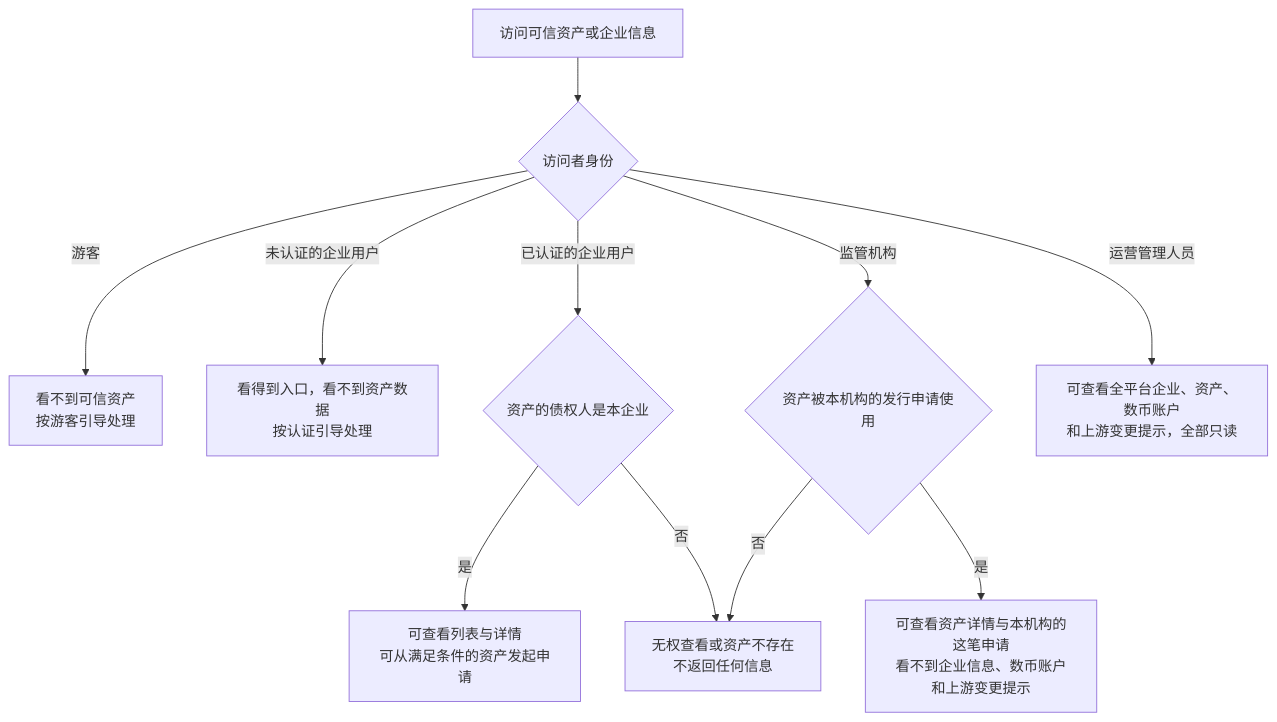
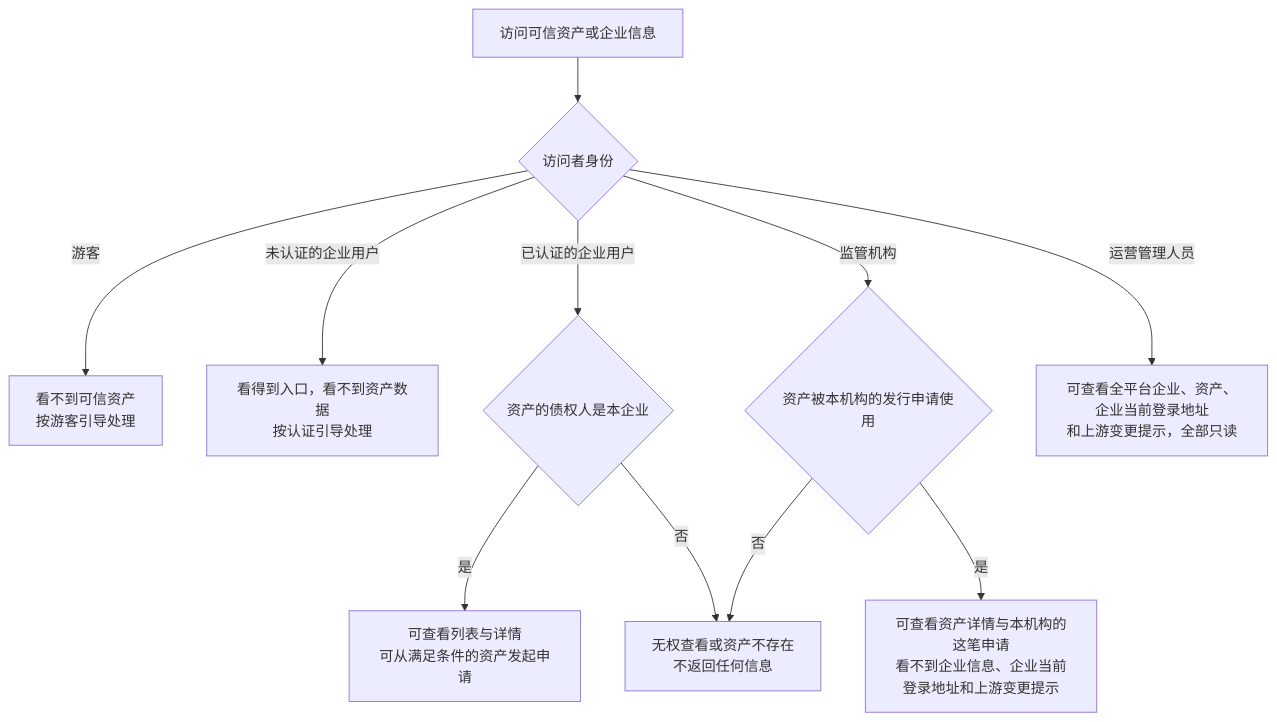
The sixth of 6 diagrams in token-issuance-platform/PRD/两端共用/M2-可信资产/02-可信资产-流程图与状态机.md (wxblockchain/Chain-Financing), drawn with Mermaid before and after one commit. The commit also changed 18 other files, not shown here.

````diff
--- a/token-issuance-platform/PRD/两端共用/M2-可信资产/02-可信资产-流程图与状态机.md
+++ b/token-issuance-platform/PRD/两端共用/M2-可信资产/02-可信资产-流程图与状态机.md
@@ -112,13 +112,13 @@
 ```mermaid
 flowchart TD
     A[访问可信资产或企业信息] --> B{访问者身份}
     B -->|游客| G[看不到可信资产<br/>按游客引导处理]
     B -->|未认证的企业用户| U[看得到入口，看不到资产数据<br/>按认证引导处理]
     B -->|已认证的企业用户| C{资产的债权人是本企业}
     C -->|是| C1[可查看列表与详情<br/>可从满足条件的资产发起申请]
     C -->|否| N[无权查看或资产不存在<br/>不返回任何信息]
     B -->|监管机构| D{资产被本机构的发行申请使用}
-    D -->|是| D1[可查看资产详情与本机构的这笔申请<br/>看不到企业信息、数币账户和上游变更提示]
+    D -->|是| D1[可查看资产详情与本机构的这笔申请<br/>看不到企业信息、企业当前登录地址和上游变更提示]
     D -->|否| N
-    B -->|运营管理人员| E[可查看全平台企业、资产、数币账户<br/>和上游变更提示，全部只读]
+    B -->|运营管理人员| E[可查看全平台企业、资产、企业当前登录地址<br/>和上游变更提示，全部只读]
 ```
````
